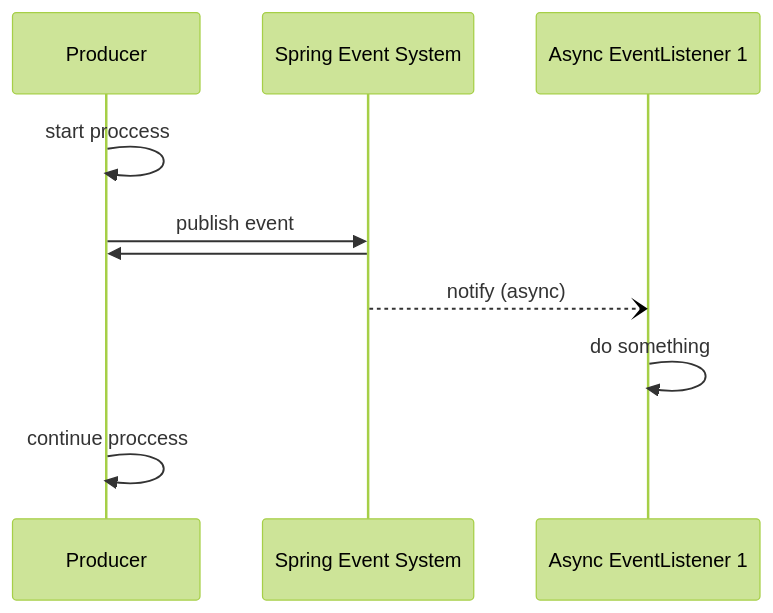
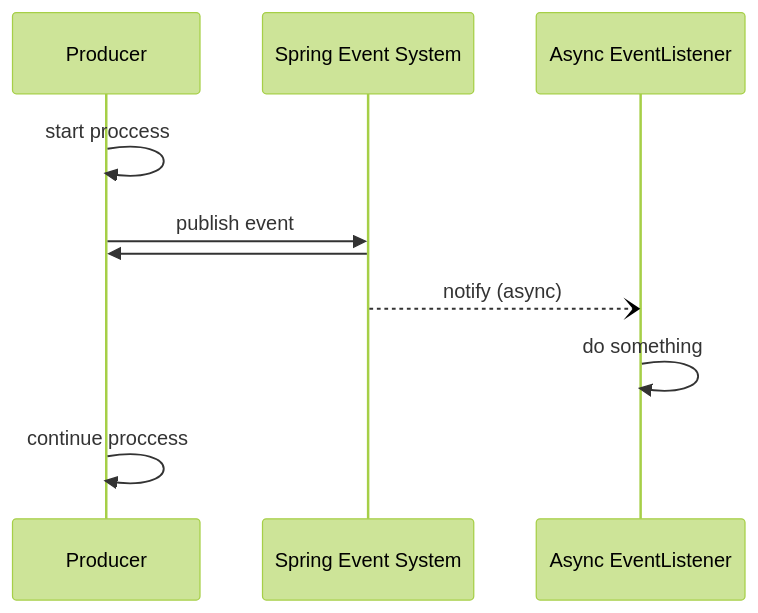
One commit to godisren/edd-spring-modulith-event changed the third of 12 diagrams in slide/edd-slide.md. Above: the diagram before and after it, drawn with Mermaid (forest theme). The commit also changed other lines of this file and 1 other file, not shown here.

````diff
--- a/slide/edd-slide.md
+++ b/slide/edd-slide.md
@@ -319,14 +316,14 @@
 ```mermaid
 sequenceDiagram
     participant Producer
     participant Broker as Spring Event System
-    participant EventListener as Async EventListener 1
+    participant EventListener as Async EventListener
 
     Producer->>Producer : start proccess
     Producer->>Broker: publish event
     Broker->>Producer: 
     Broker--)EventListener: notify (async)
     EventListener->>EventListener: do something
     Producer->>Producer : continue proccess
 
 ```
````
